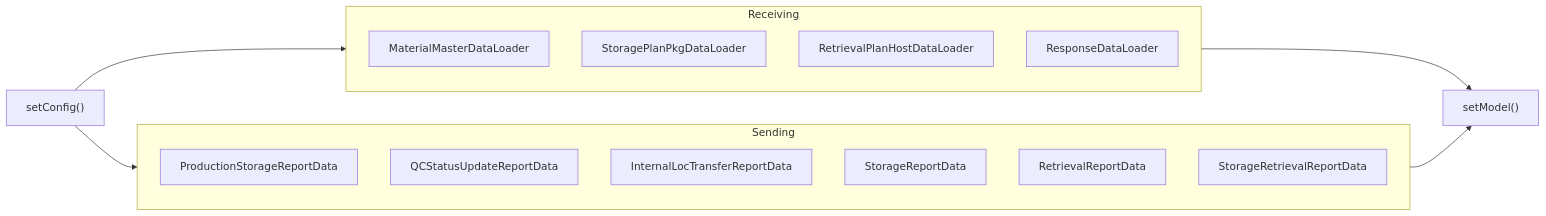
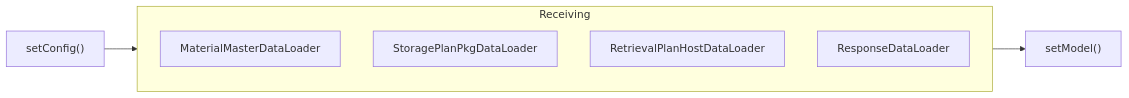
One commit to luthfiadityaa/SimeDarby-Wiki changed the third of 9 diagrams in Basic-Design/Host-Interfaces/Receive-Method.md. Above: the diagram before and after it, drawn with Mermaid. The commit also changed other lines of this file, not shown here.

```diff
--- a/Basic-Design/Host-Interfaces/Receive-Method.md
+++ b/Basic-Design/Host-Interfaces/Receive-Method.md
@@ -161,23 +149,13 @@
 ::: mermaid
 flowchart LR
  E1["setModel()"]
  C1["setConfig()"]  
  C1 --> Receiving -->E1
- C1 --> Sending -->E1
 
 subgraph Receiving
  C21["MaterialMasterDataLoader"]
  C22["StoragePlanPkgDataLoader"] 
  C23["RetrievalPlanHostDataLoader"] 
  C24["ResponseDataLoader"]
 end
-
-subgraph Sending
- C25["ProductionStorageReportData"]
- C26["QCStatusUpdateReportData"]
- C27["InternalLocTransferReportData"] 
- C28["StorageReportData"]
- C29["RetrievalReportData"] 
- C30["StorageRetrievalReportData"] 
-end 
 :::
```
